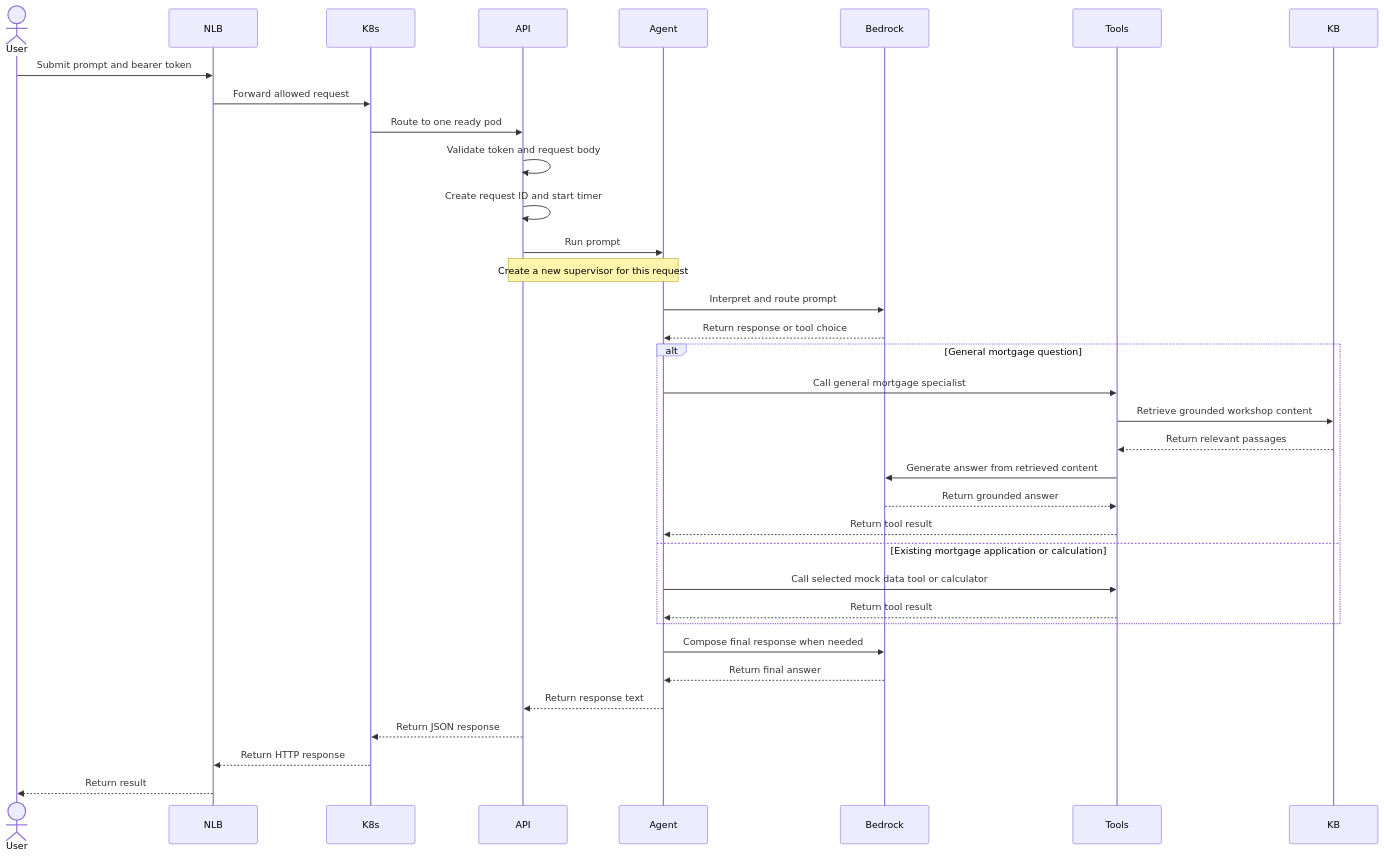
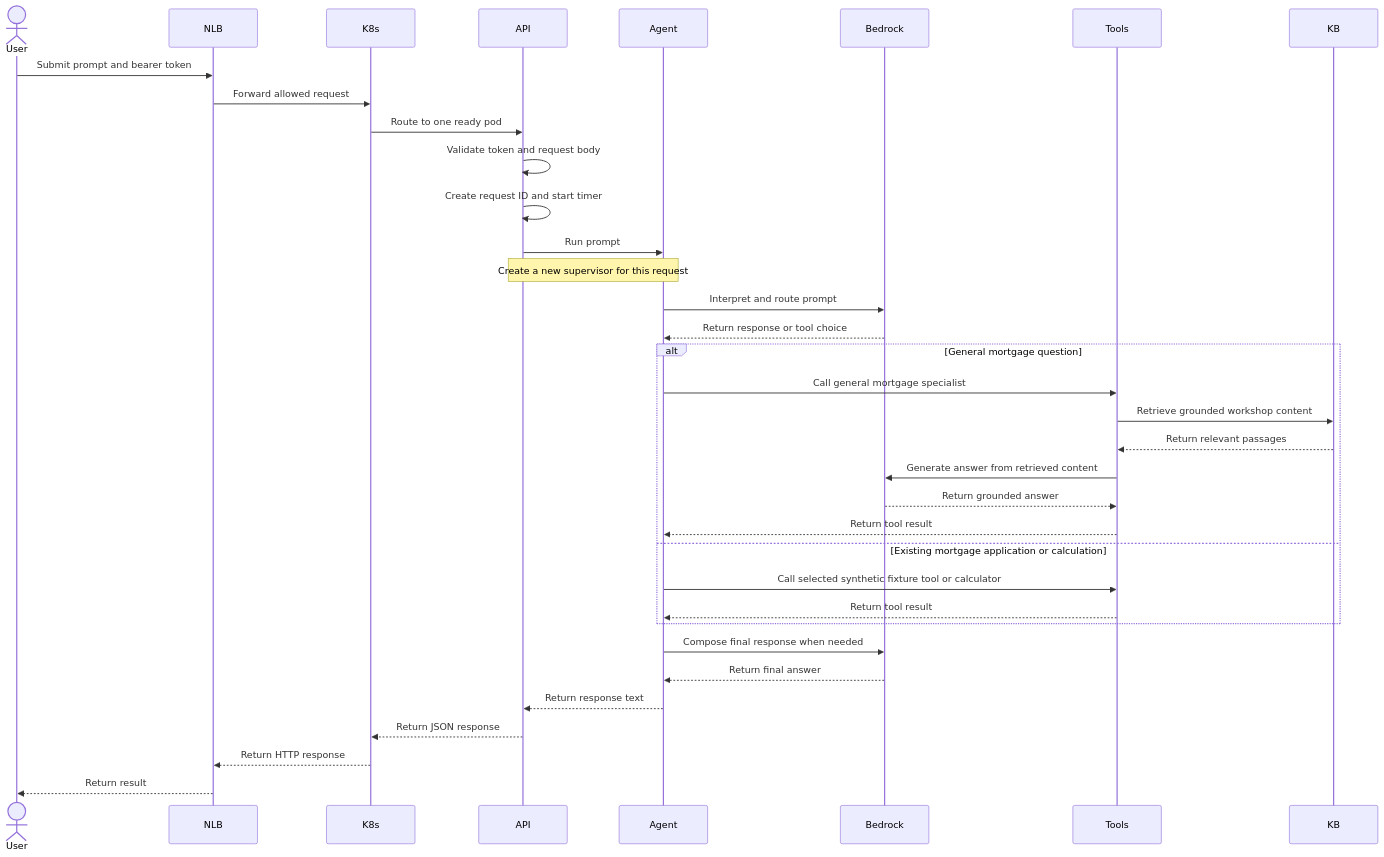
Before and after one commit to santoshkulk/agent-eks: the second of 2 diagrams in 03-eks-service/README.md, drawn with Mermaid. The commit also changed other lines of this file and 39 other files, not shown here.

````diff
--- a/03-eks-service/README.md
+++ b/03-eks-service/README.md
@@ -149,40 +149,40 @@
 ```mermaid
 sequenceDiagram
     actor User
     participant NLB
     participant K8s
     participant API
     participant Agent
     participant Bedrock
     participant Tools
     participant KB
 
     User->>NLB: Submit prompt and bearer token
     NLB->>K8s: Forward allowed request
     K8s->>API: Route to one ready pod
     API->>API: Validate token and request body
     API->>API: Create request ID and start timer
     API->>Agent: Run prompt
     Note over API,Agent: Create a new supervisor for this request
     Agent->>Bedrock: Interpret and route prompt
     Bedrock-->>Agent: Return response or tool choice
 
     alt General mortgage question
         Agent->>Tools: Call general mortgage specialist
         Tools->>KB: Retrieve grounded workshop content
         KB-->>Tools: Return relevant passages
         Tools->>Bedrock: Generate answer from retrieved content
         Bedrock-->>Tools: Return grounded answer
         Tools-->>Agent: Return tool result
     else Existing mortgage application or calculation
-        Agent->>Tools: Call selected mock data tool or calculator
+        Agent->>Tools: Call selected synthetic fixture tool or calculator
         Tools-->>Agent: Return tool result
     end
 
     Agent->>Bedrock: Compose final response when needed
     Bedrock-->>Agent: Return final answer
     Agent-->>API: Return response text
     API-->>K8s: Return JSON response
     K8s-->>NLB: Return HTTP response
     NLB-->>User: Return result
 ```
````
